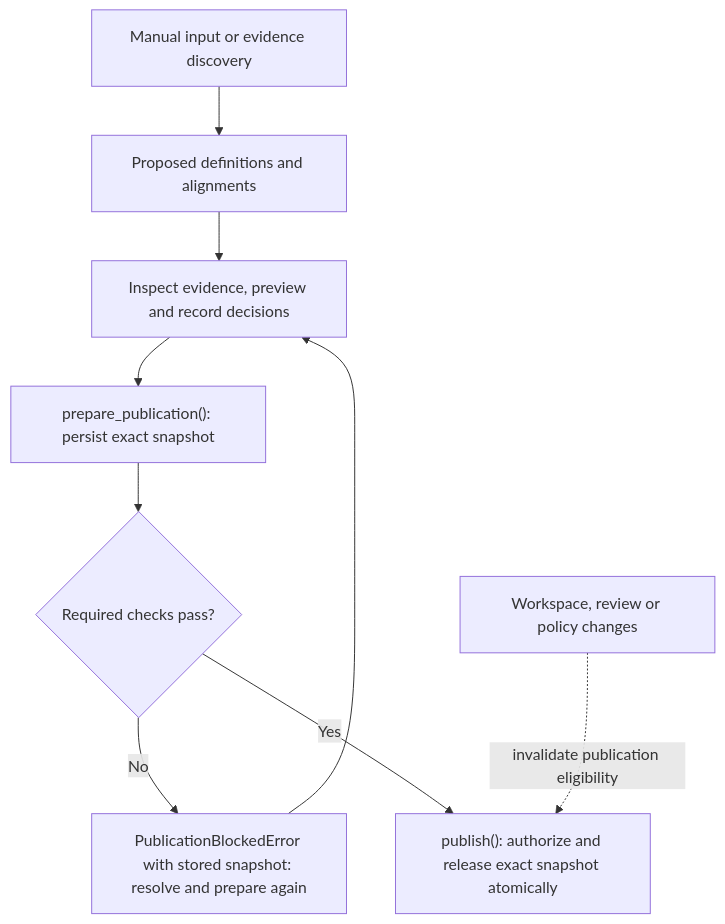
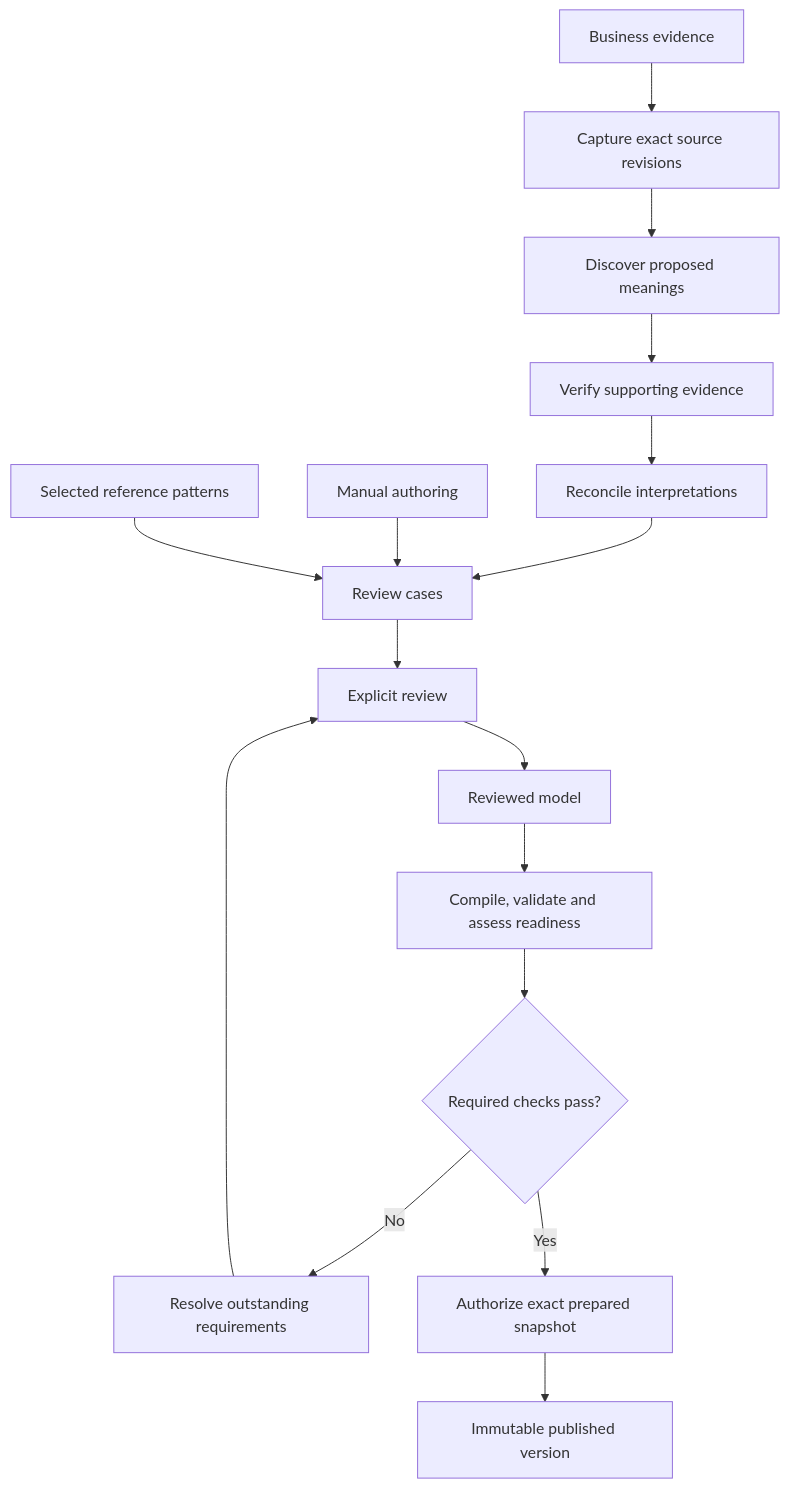
One commit to matejpalenik/domain-kernel changed the fourth of 6 diagrams in ARCHITECTURE.md. Above: the diagram before and after it, drawn with Mermaid. The commit also changed other lines of this file and 61 other files, not shown here.

First line of the commit message:
docs: split architecture contracts and streamline documentation

````diff
--- a/ARCHITECTURE.md
+++ b/ARCHITECTURE.md
@@ -4040,11 +308,22 @@
 ```mermaid
 flowchart TD
-    Input["Manual input or evidence discovery"] --> Proposals["Proposed definitions and alignments"]
-    Proposals --> Review["Inspect evidence, preview and record decisions"]
-    Review --> Prepare["prepare_publication(): persist exact snapshot"]
+    Sources["Business evidence"] --> Capture["Capture exact source revisions"]
+    Capture --> Discovery["Discover proposed meanings"]
+    Discovery --> Verify["Verify supporting evidence"]
+    Verify --> Reconcile["Reconcile interpretations"]
+    Reconcile --> Cases["Review cases"]
+
+    Manual["Manual authoring"] --> Cases
+    Reference["Selected reference patterns"] --> Cases
+
+    Cases --> Review["Explicit review"]
+    Review --> Model["Reviewed model"]
+    Model --> Prepare["Compile, validate and assess readiness"]
     Prepare --> Ready{"Required checks pass?"}
-    Ready -->|No| Blocked["PublicationBlockedError with stored snapshot: resolve and prepare again"]
-    Blocked --> Review
-    Ready -->|Yes| Publish["publish(): authorize and release exact snapshot atomically"]
-    Change["Workspace, review or policy changes"] -. "invalidate publication eligibility" .-> Publish
+
+    Ready -->|No| Blockers["Resolve outstanding requirements"]
+    Blockers --> Review
+
+    Ready -->|Yes| Publish["Authorize exact prepared snapshot"]
+    Publish --> Bundle["Immutable published version"]
 ```
````
